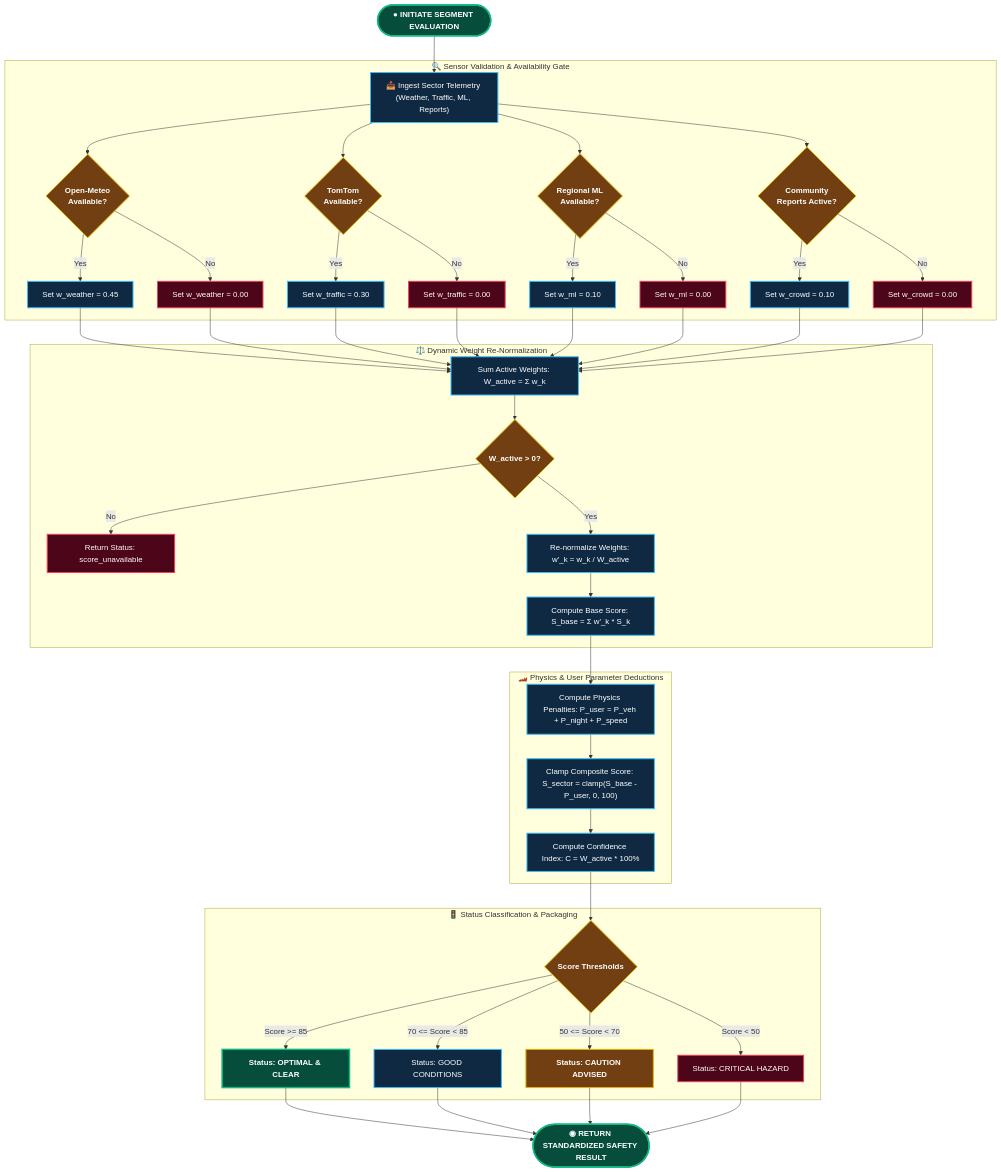
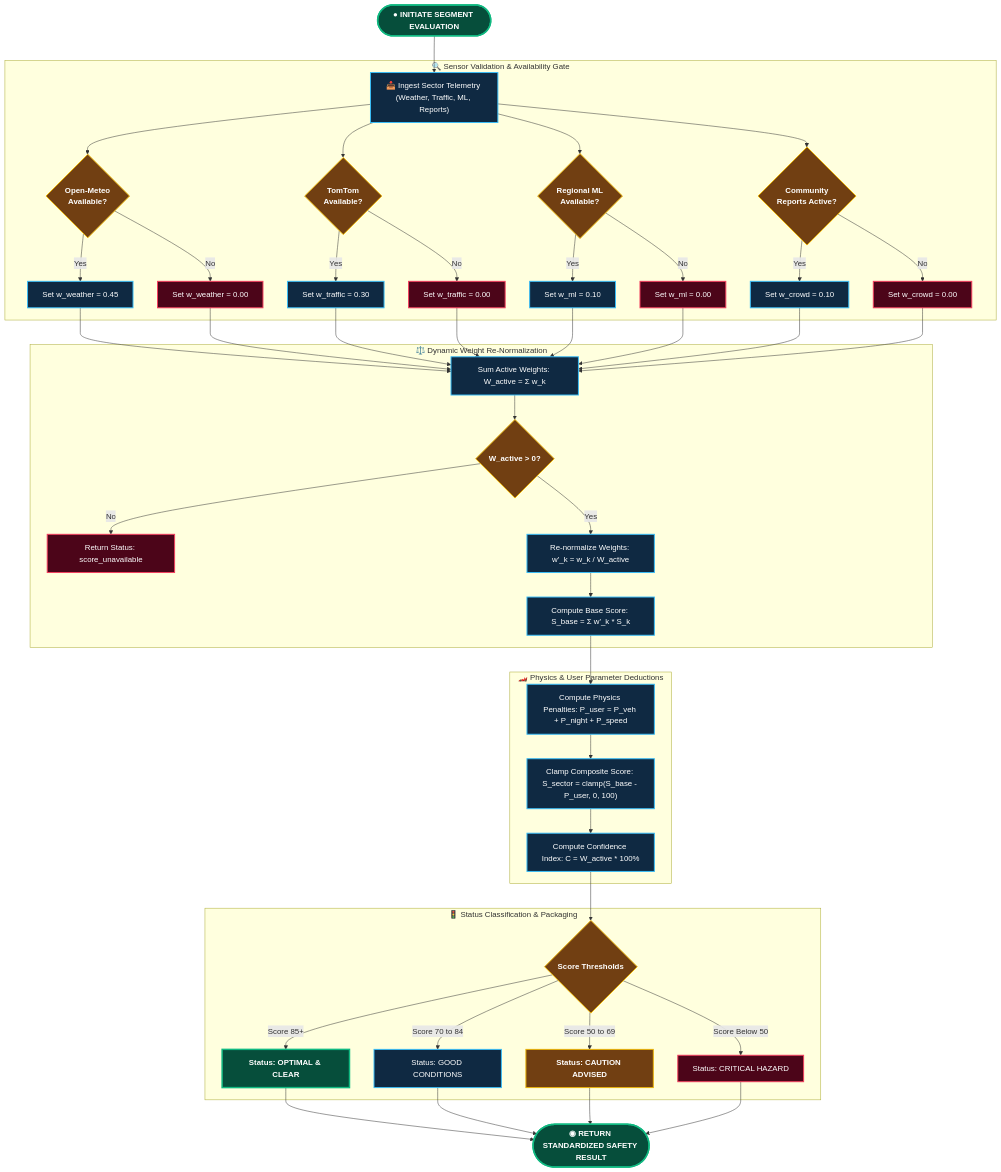
One commit to daredevil2304/traveladvisory changed diagram 12 of 17 in MUMBAI_PUNE_TRAVEL_INTELLIGENCE_MASTER_REPORT.md. Above: the diagram before and after it, drawn with Mermaid. The commit also changed other lines of this file and 9 other files, not shown here.

First line of the commit message:
fix(deploy): finalize Render deployment configuration & eliminate all Mermaid syntax errors

````diff
--- a/MUMBAI_PUNE_TRAVEL_INTELLIGENCE_MASTER_REPORT.md
+++ b/MUMBAI_PUNE_TRAVEL_INTELLIGENCE_MASTER_REPORT.md
@@ -684,50 +684,50 @@
 ```mermaid
 flowchart TD
     classDef terminal fill:#064E3B,stroke:#10B981,stroke-width:3px,color:#FFFFFF,font-weight:bold
     classDef action fill:#0F2942,stroke:#38BDF8,stroke-width:2px,color:#FFFFFF
     classDef decision fill:#713F12,stroke:#EAB308,stroke-width:2px,color:#FFFFFF,font-weight:bold
     classDef hazard fill:#4C0519,stroke:#F43F5E,stroke-width:2px,color:#FFFFFF
 
     Start(["● INITIATE SEGMENT EVALUATION"]):::terminal --> Ingest["📥 Ingest Sector Telemetry (Weather, Traffic, ML, Reports)"]:::action
 
     subgraph SensorChecks["🔍 Sensor Validation & Availability Gate"]
         Ingest --> C1{"Open-Meteo<br/>Available?"}:::decision
         Ingest --> C2{"TomTom<br/>Available?"}:::decision
         Ingest --> C3{"Regional ML<br/>Available?"}:::decision
         Ingest --> C4{"Community<br/>Reports Active?"}:::decision
 
         C1 -- Yes --> W1["Set w_weather = 0.45"]:::action
         C1 -- No --> W0["Set w_weather = 0.00"]:::hazard
         C2 -- Yes --> T1["Set w_traffic = 0.30"]:::action
         C2 -- No --> T0["Set w_traffic = 0.00"]:::hazard
         C3 -- Yes --> M1["Set w_ml = 0.10"]:::action
         C3 -- No --> M0["Set w_ml = 0.00"]:::hazard
         C4 -- Yes --> TR1["Set w_crowd = 0.10"]:::action
         C4 -- No --> TR0["Set w_crowd = 0.00"]:::hazard
     end
 
     W1 & W0 & T1 & T0 & M1 & M0 & TR1 & TR0 --> SumW["Sum Active Weights: W_active = Σ w_k"]:::action
 
     subgraph NormalizationEngine["⚖️ Dynamic Weight Re-Normalization"]
         SumW --> ZeroCheck{"W_active > 0?"}:::decision
         ZeroCheck -- No --> Fail["Return Status: score_unavailable"]:::hazard
         ZeroCheck -- Yes --> Renorm["Re-normalize Weights: w'_k = w_k / W_active"]:::action
         Renorm --> WeightedSum["Compute Base Score: S_base = Σ w'_k * S_k"]:::action
     end
 
     subgraph PhysicsRiskEngine["🏎️ Physics & User Parameter Deductions"]
         WeightedSum --> PhysDeduct["Compute Physics Penalties: P_user = P_veh + P_night + P_speed"]:::action
         PhysDeduct --> ClampScore["Clamp Composite Score: S_sector = clamp(S_base - P_user, 0, 100)"]:::action
         ClampScore --> CalcConf["Compute Confidence Index: C = W_active * 100%"]:::action
     end
 
     subgraph StatusClassification["🚦 Status Classification & Packaging"]
         CalcConf --> ScoreGate{"Score Thresholds"}:::decision
-        ScoreGate -- "Score >= 85" --> StatusGreen["Status: OPTIMAL & CLEAR"]:::terminal
-        ScoreGate -- "70 <= Score < 85" --> StatusBlue["Status: GOOD CONDITIONS"]:::action
-        ScoreGate -- "50 <= Score < 70" --> StatusAmber["Status: CAUTION ADVISED"]:::decision
-        ScoreGate -- "Score < 50" --> StatusRed["Status: CRITICAL HAZARD"]:::hazard
+        ScoreGate -- "Score 85+" --> StatusGreen["Status: OPTIMAL & CLEAR"]:::terminal
+        ScoreGate -- "Score 70 to 84" --> StatusBlue["Status: GOOD CONDITIONS"]:::action
+        ScoreGate -- "Score 50 to 69" --> StatusAmber["Status: CAUTION ADVISED"]:::decision
+        ScoreGate -- "Score Below 50" --> StatusRed["Status: CRITICAL HAZARD"]:::hazard
     end
 
     StatusGreen & StatusBlue & StatusAmber & StatusRed --> EndNode(["◉ RETURN STANDARDIZED SAFETY RESULT"]):::terminal
 ```
````
